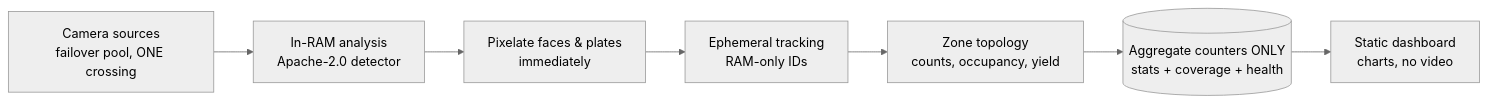
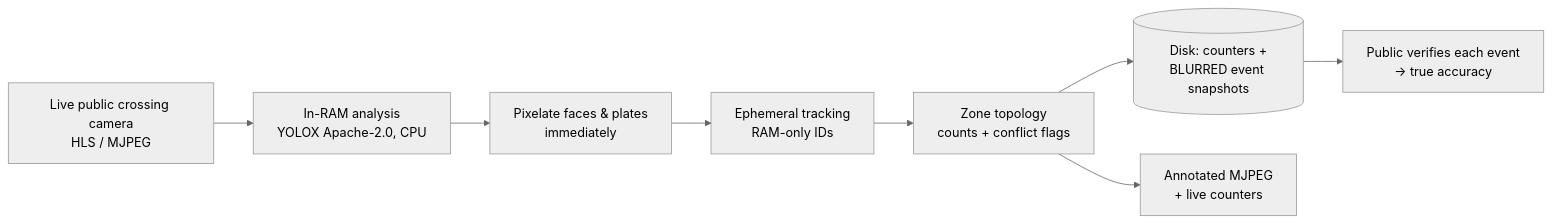
One commit to AndriiShramko/bezpieczne-przejscia changed the diagram in README.md. Above: the diagram before and after it, drawn with Mermaid (neutral theme). The commit also changed other lines of this file and 2 other files, not shown here.

Commit message:
README: live real-camera capability + architecture; live.js: stable event cards (re-render only on change)

````diff
--- a/README.md
+++ b/README.md
@@ -27,9 +28,10 @@
 ```mermaid
 flowchart LR
-  A[Camera sources\nfailover pool, ONE crossing] --> B[In-RAM analysis\nApache-2.0 detector]
+  A[Live public crossing camera\nHLS / MJPEG] --> B[In-RAM analysis\nYOLOX Apache-2.0, CPU]
   B --> C[Pixelate faces & plates\nimmediately]
   C --> D[Ephemeral tracking\nRAM-only IDs]
-  D --> E[Zone topology\ncounts, occupancy, yield]
-  E --> F[(Aggregate counters ONLY\nstats + coverage + health)]
-  F --> G[Static dashboard\ncharts, no video]
+  D --> E[Zone topology\ncounts + conflict flags]
+  E --> F[(Disk: counters +\nBLURRED event snapshots)]
+  E --> G[Annotated MJPEG\n+ live counters]
+  F --> H[Public verifies each event\n-> true accuracy]
 ```
````
